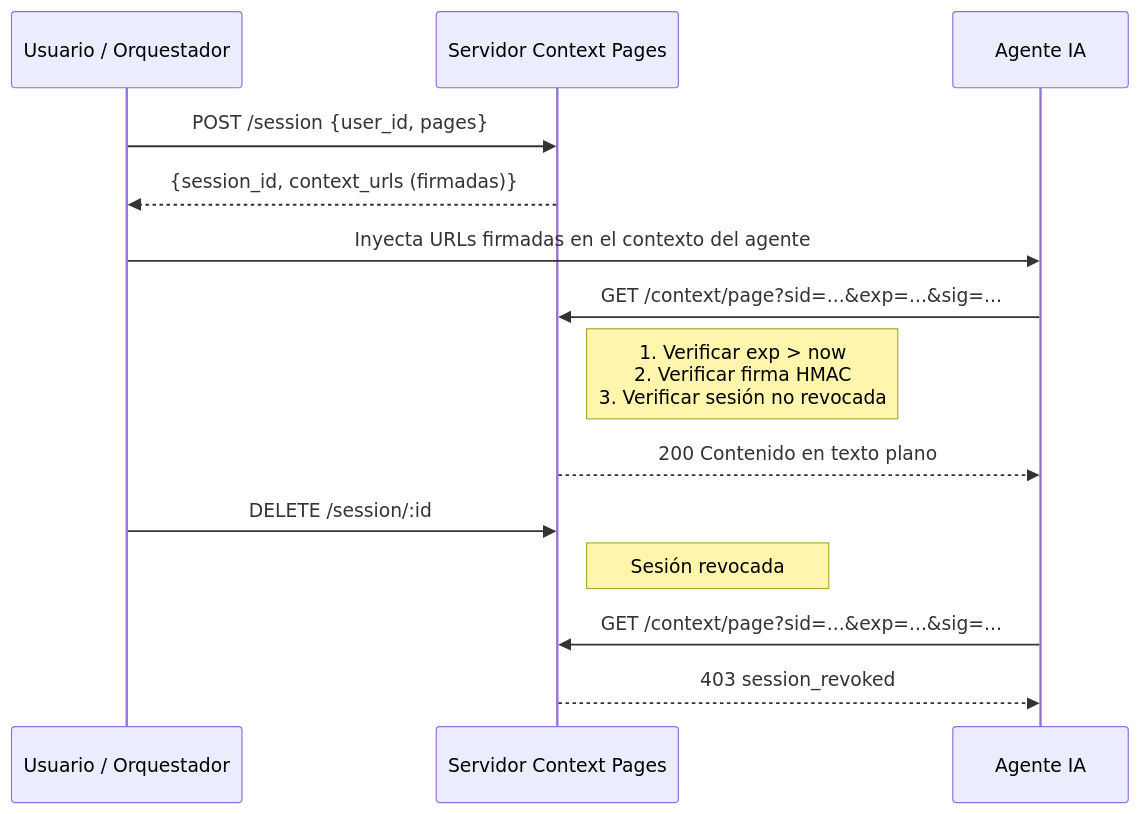
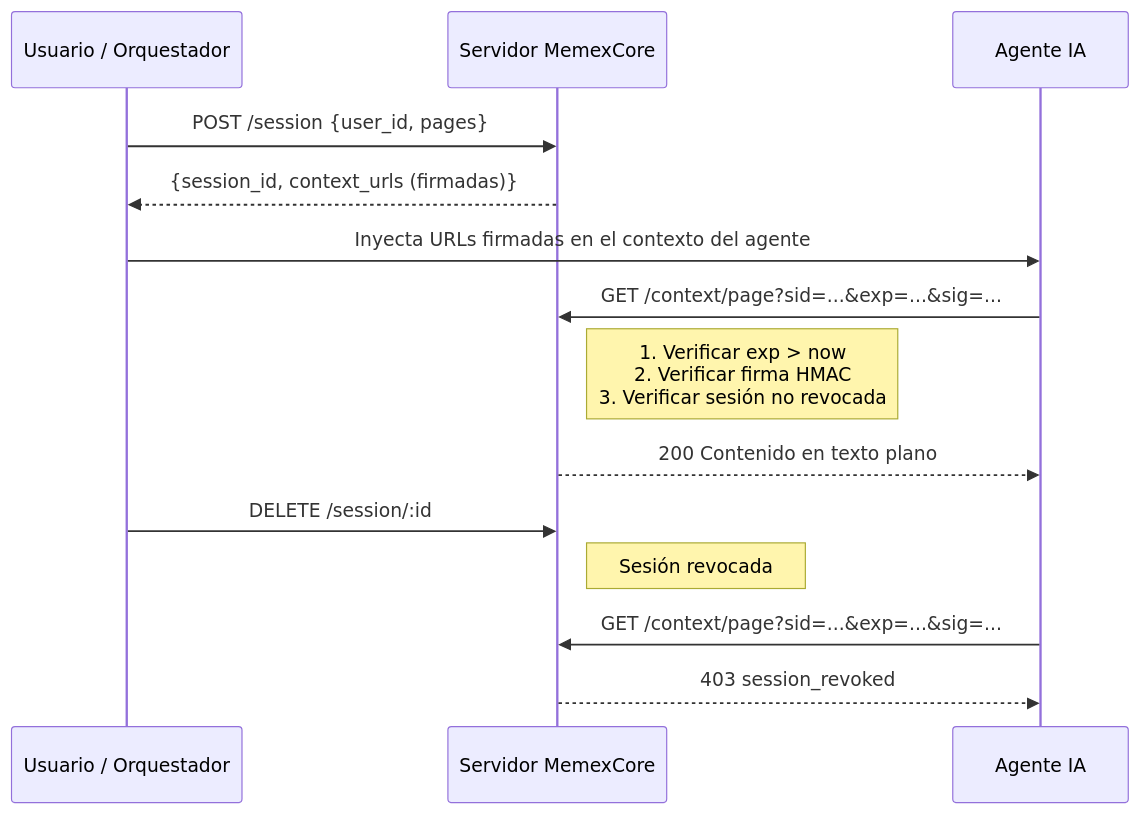
The diagram in README.es.md (memexcore/memexcore), drawn with Mermaid before and after one commit. The commit also changed other lines of this file and 2 other files, not shown here.

````diff
--- a/README.es.md
+++ b/README.es.md
@@ -51,21 +64,21 @@
 ```mermaid
 sequenceDiagram
     participant U as Usuario / Orquestador
-    participant S as Servidor Context Pages
+    participant S as Servidor MemexCore
     participant A as Agente IA
 
     U->>S: POST /session {user_id, pages}
     S-->>U: {session_id, context_urls (firmadas)}
 
     U->>A: Inyecta URLs firmadas en el contexto del agente
 
     A->>S: GET /context/page?sid=...&exp=...&sig=...
     Note right of S: 1. Verificar exp > now<br/>2. Verificar firma HMAC<br/>3. Verificar sesión no revocada
     S-->>A: 200 Contenido en texto plano
 
     U->>S: DELETE /session/:id
     Note right of S: Sesión revocada
 
     A->>S: GET /context/page?sid=...&exp=...&sig=...
     S-->>A: 403 session_revoked
 ```
````
